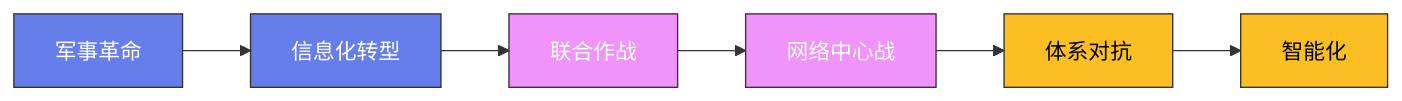
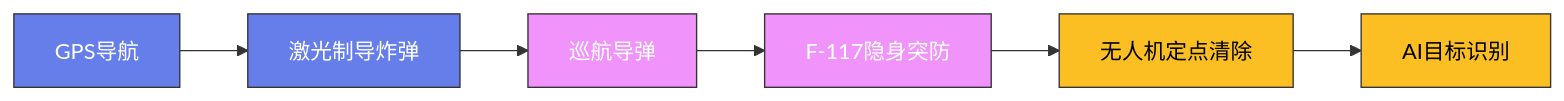
Before and after one commit to Fengur/Fengur.github.io: the diagram in content/posts/ModelCreate/军事史/14-信息战与精确制导.md, drawn with Mermaid. The commit also changed 28 other files, not shown here.

````diff
--- a/content/posts/ModelCreate/军事史/14-信息战与精确制导.md
+++ b/content/posts/ModelCreate/军事史/14-信息战与精确制导.md
@@ -37,16 +37,16 @@
 ```mermaid
 graph LR
-    A["军事革命"] --> B["信息化转型"]
-    B --> C["联合作战"]
-    C --> D["网络中心战"]
-    D --> E["体系对抗"]
-    E --> F["智能化"]
+    A["GPS导航"] --> B["激光制导炸弹"]
+    B --> C["巡航导弹"]
+    C --> D["F-117隐身突防"]
+    D --> E["无人机定点清除"]
+    E --> F["AI目标识别"]
 
     classDef early fill:#667eea,stroke:#333,color:white
     classDef mid fill:#f093fb,stroke:#333,color:white
     classDef modern fill:#fbbf24,stroke:#333,color:black
 
     class A,B early
     class C,D mid
     class E,F modern
 ```
````
